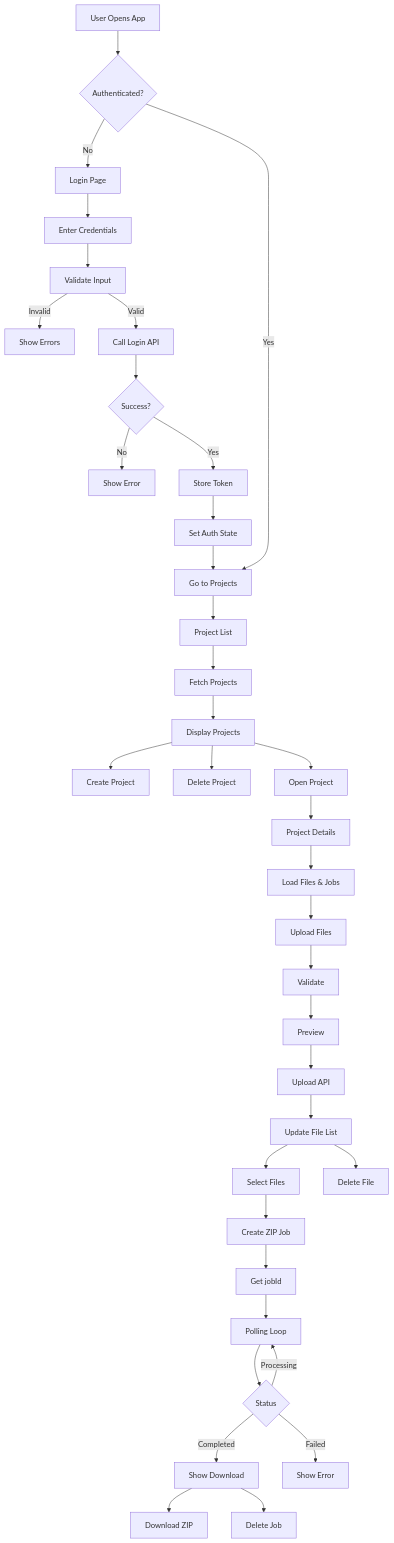
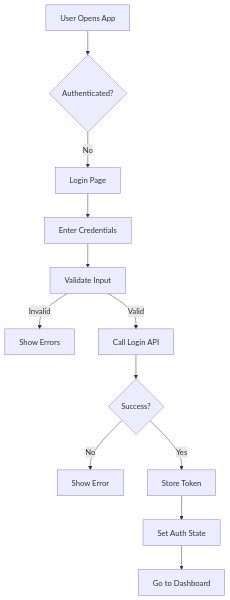
Before and after one commit to rishab-mindfire/Digital-Asset-Management: the diagram in README.md, drawn with Mermaid. The commit also changed other lines of this file, not shown here.

Commit message:
feat : readme file with mermaid

````diff
--- a/README.md
+++ b/README.md
@@ -187,60 +187,21 @@
 ```mermaid
     flowchart TD
 
 %% AUTH FLOW
 A[User Opens App] --> B{Authenticated?}
 
 B -- No --> C[Login Page]
 C --> D[Enter Credentials]
 D --> E[Validate Input]
 
 E -- Invalid --> F[Show Errors]
 E -- Valid --> G[Call Login API]
 
 G --> H{Success?}
 H -- No --> I[Show Error]
 H -- Yes --> J[Store Token]
 
 J --> K[Set Auth State]
-K --> L[Go to Projects]
+K --> L[Go to Dashboard]
 
-B -- Yes --> L
-
-%% PROJECT FLOW
-L --> M[Project List]
-M --> N[Fetch Projects]
-N --> O[Display Projects]
-
-O --> P[Create Project]
-O --> Q[Delete Project]
-O --> R[Open Project]
-
-%% DETAILS
-R --> S[Project Details]
-S --> T[Load Files & Jobs]
-
-%% FILE FLOW
-T --> U[Upload Files]
-U --> V[Validate]
-V --> W[Preview]
-W --> X[Upload API]
-X --> Y[Update File List]
-
-Y --> Z[Select Files]
-
-%% ZIP FLOW
-Z --> AA[Create ZIP Job]
-AA --> AB[Get jobId]
-AB --> AC[Polling Loop]
-
-AC --> AD{Status}
-AD -- Processing --> AC
-AD -- Completed --> AE[Show Download]
-AD -- Failed --> AF[Show Error]
-
-AE --> AG[Download ZIP]
-
-%% DELETE
-AE --> AH[Delete Job]
-Y --> AI[Delete File]
 ```
````
